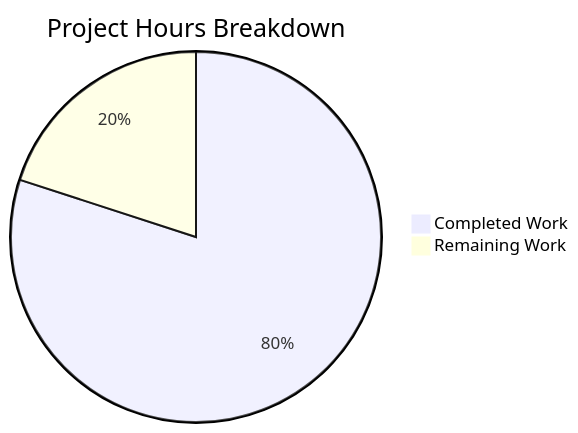
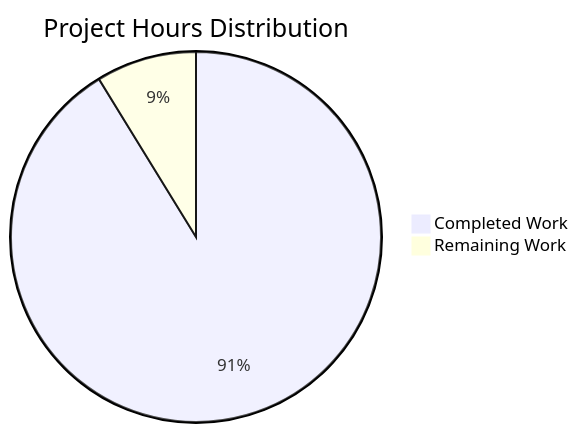
The diagram in blitzy/documentation/Project Guide.md (lakshya-blitzy/hello_world_lakshya_github), drawn with Mermaid before and after one commit. The commit also changed other lines of this file, not shown here.

Commit message:
Adding Blitzy Project Guide: Project Status and Human Tasks Remaining

````diff
--- a/blitzy/documentation/Project Guide.md
+++ b/blitzy/documentation/Project Guide.md
@@ -328,5 +34,5 @@
 ```mermaid
-pie title Project Hours Breakdown
-    "Completed Work" : 6.0
-    "Remaining Work" : 1.5
+pie title Project Hours Distribution
+    "Completed Work" : 26
+    "Remaining Work" : 2.5
 ```
````
